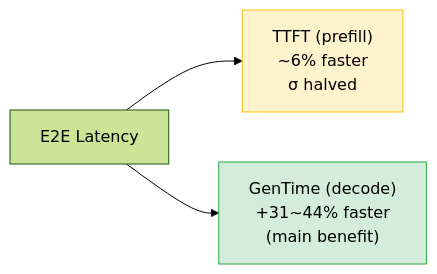
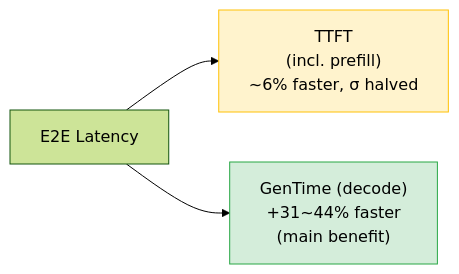
One commit to david-xinyuwei/david-share changed the second of 3 diagrams in Agents/AOAI-Priority-Processing-Benchmark/README.md. Above: the diagram before and after it, drawn with Mermaid (forest theme). The commit also changed other lines of this file and 1 other file, not shown here.

Commit message:
Fix: TTFT (prefill) → TTFT (incl. prefill) — TTFT includes network+scheduling+prefill, not just prefill

````diff
--- a/Agents/AOAI-Priority-Processing-Benchmark/README.md
+++ b/Agents/AOAI-Priority-Processing-Benchmark/README.md
@@ -98,8 +98,8 @@
 ```mermaid
 flowchart LR
-    E2E["E2E Latency"] --> TTFT["TTFT (prefill)<br/>~6% faster<br/>σ halved"]
+    E2E["E2E Latency"] --> TTFT["TTFT<br/>(incl. prefill)<br/>~6% faster, σ halved"]
     E2E --> GenTime["GenTime (decode)<br/>+31~44% faster<br/>(main benefit)"]
     
     style TTFT fill:#fff3cd,stroke:#ffc107
     style GenTime fill:#d4edda,stroke:#28a745
 ```
````
